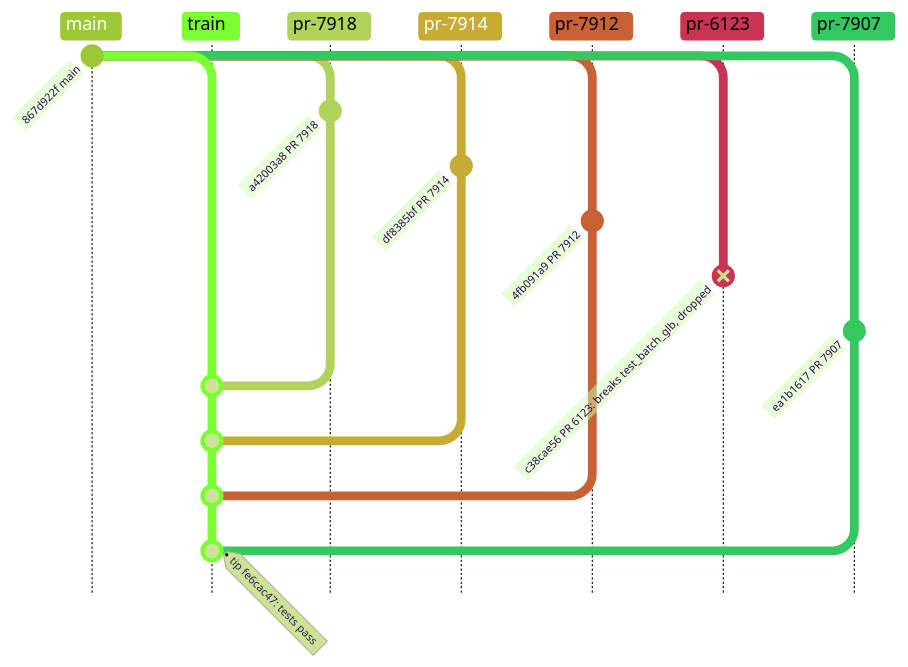
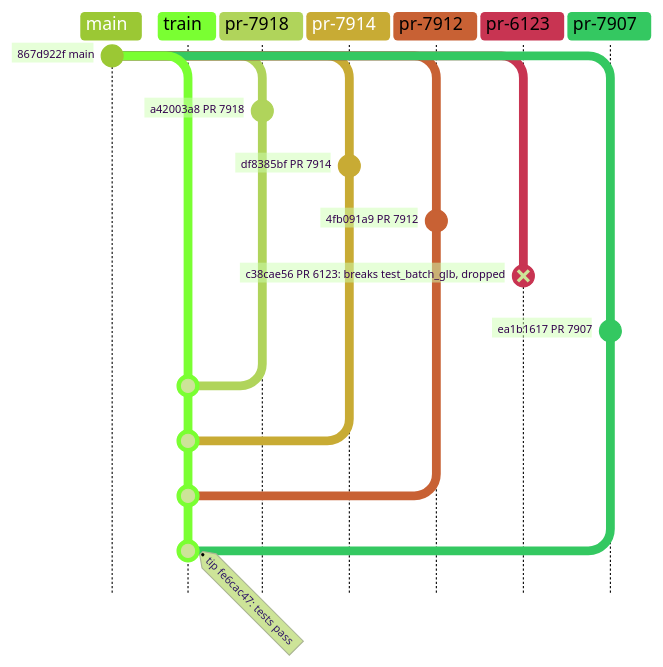
The second of 3 diagrams in README.md (maciejszulia/pr-sandbox), drawn with Mermaid (forest theme) before and after one commit. The commit also changed other lines of this file, not shown here.

Commit message:
README: horizontal commit labels in the git graphs

````diff
--- a/README.md
+++ b/README.md
@@ -106,25 +107,26 @@
 ```mermaid
+%%{init: {"gitGraph": {"rotateCommitLabel": false}}}%%
 gitGraph TB:
   commit id: "867d922f main"
   branch train
   checkout main
   branch pr-7918
   commit id: "a42003a8 PR 7918"
   checkout main
   branch pr-7914
   commit id: "df8385bf PR 7914"
   checkout main
   branch pr-7912
   commit id: "4fb091a9 PR 7912"
   checkout main
   branch pr-6123
   commit id: "c38cae56 PR 6123: breaks test_batch_glb, dropped" type: REVERSE
   checkout main
   branch pr-7907
   commit id: "ea1b1617 PR 7907"
   checkout train
   merge pr-7918
   merge pr-7914
   merge pr-7912
   merge pr-7907 tag: "tip fe6cac47: tests pass"
 ```
````
